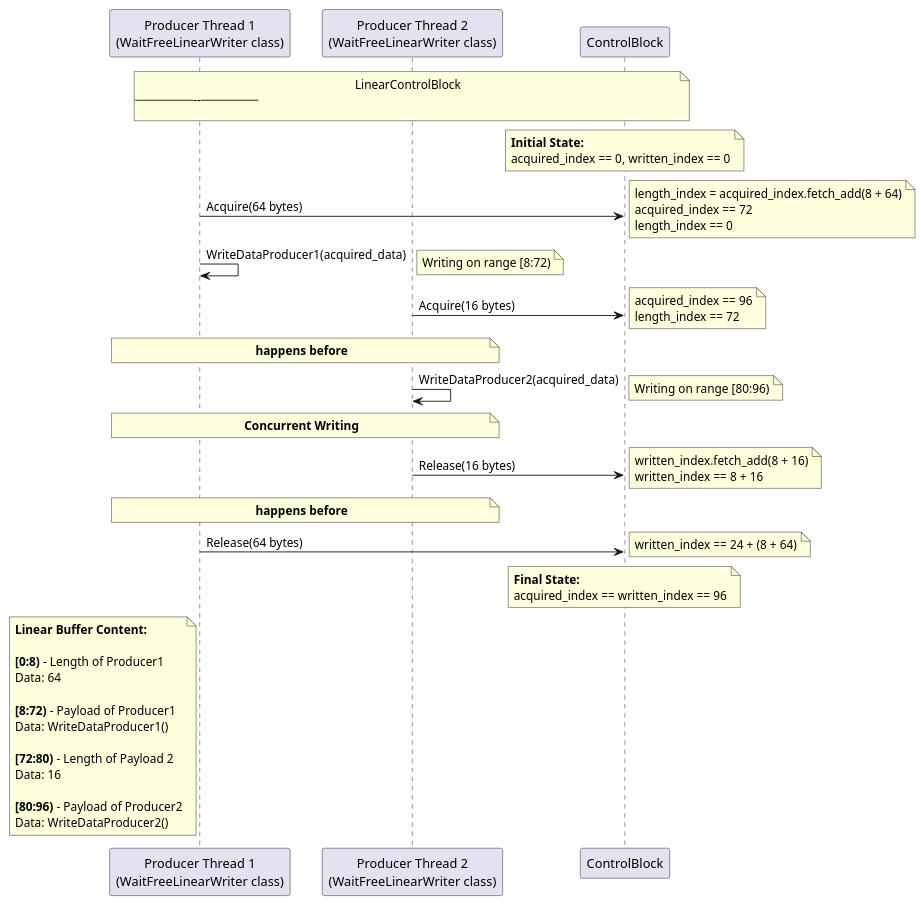
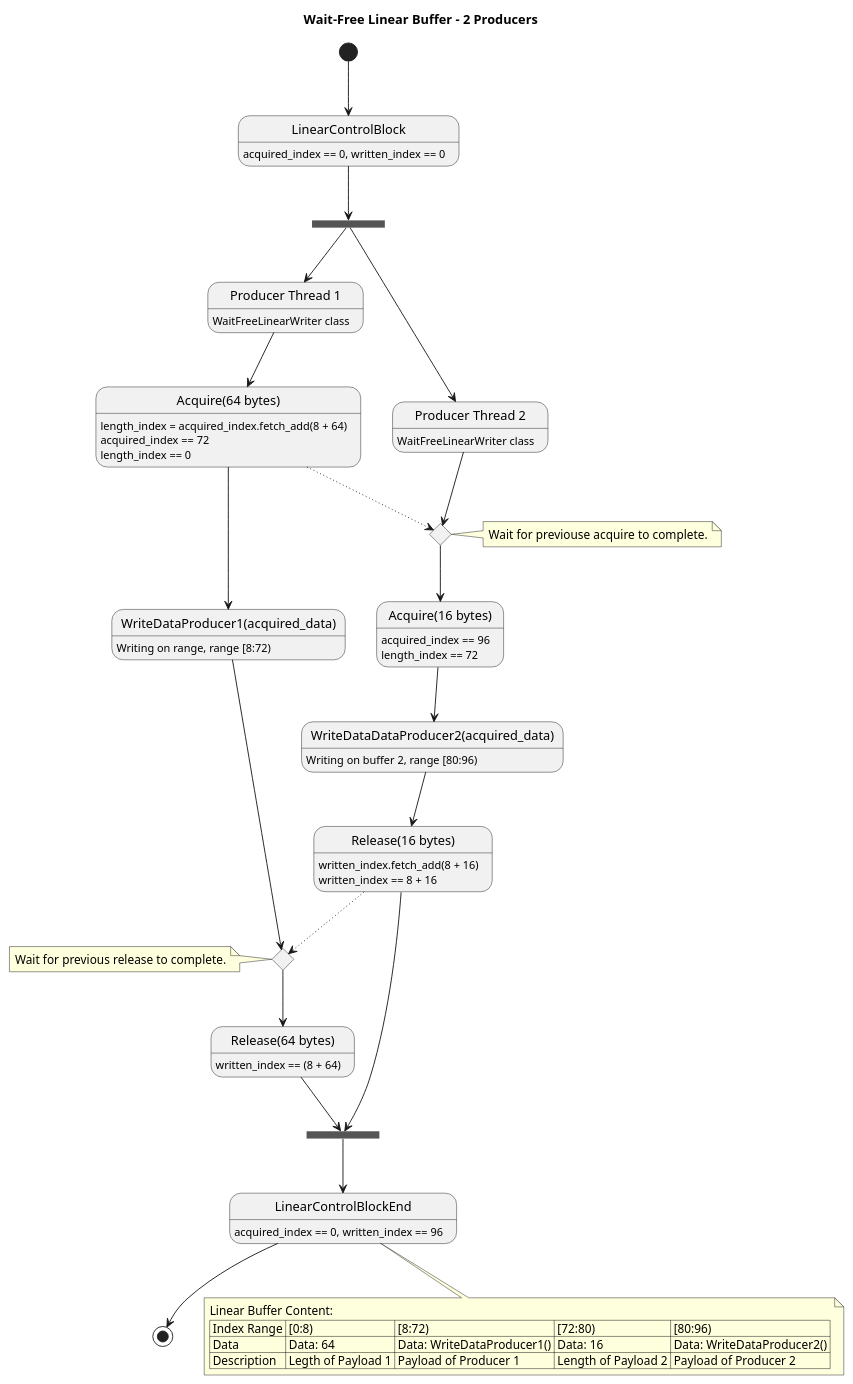
The diagram in detail/wait_free_producer_queue/design/wait_free_linear_buffer.puml (eclipse-score/inc_mw_log), drawn with PlantUML before and after one commit. The commit also changed 9 other files, not shown here.

Commit message:
more diagrams

```diff
--- a/detail/wait_free_producer_queue/design/wait_free_linear_buffer.puml
+++ b/detail/wait_free_producer_queue/design/wait_free_linear_buffer.puml
@@ -1,72 +1,84 @@
 @startuml wait_free_linear_buffer
+title Wait-Free Linear Buffer - 2 Producers
 
-note across 
-LinearControlBlock
-------
+state LinearControlBlock
+LinearControlBlock: acquired_index == 0, written_index == 0
+
+state LinearControlBlockEnd
+LinearControlBlockEnd: acquired_index == 0, written_index == 96
+
+state "Producer Thread 1" as ProducerThread1 
+ProducerThread1: WaitFreeLinearWriter class
+
+state "Producer Thread 2" as ProducerThread2 
+ProducerThread2: WaitFreeLinearWriter class
+
+state fork_state <<fork>>
+state join_state <<join>>
+
+state "Acquire(64 bytes)" as Acquire64
+Acquire64: length_index = acquired_index.fetch_add(8 + 64)
+Acquire64: acquired_index == 72
+Acquire64: length_index == 0
+
+state Acquire64Completed <<choice>>
+note right of Acquire64Completed
+Wait for previouse acquire to complete.
 endnote
 
-participant "Producer Thread 1\n(WaitFreeLinearWriter class)" as Producer1
-participant "Producer Thread 2\n(WaitFreeLinearWriter class)" as Producer2
-note over ControlBlock
-  **Initial State:**
-  acquired_index == 0, written_index == 0
-end note
+state Release16Completed <<choice>>
+note left of Release16Completed
+Wait for previous release to complete.
+endnote
 
-Producer1 -> ControlBlock : Acquire(64 bytes)
-note right
-  length_index = acquired_index.fetch_add(8 + 64)
-  acquired_index == 72
-  length_index == 0
-end note
+state "WriteDataProducer1(acquired_data)" as WriteDataProducer1
+WriteDataProducer1: Writing on range, range [8:72)
 
-Producer1 -> Producer1 : WriteDataProducer1(acquired_data)
-note right : Writing on range [8:72)
+state "Release(64 bytes)" as Release64
+Release64: written_index == (8 + 64)
 
-Producer2 -> ControlBlock : Acquire(16 bytes)
-note right
-  acquired_index == 96
-  length_index == 72
-end note
+state "WriteDataDataProducer2(acquired_data)" as WriteDataProducer2
+WriteDataProducer2: Writing on buffer 2, range [80:96)
 
-note over Producer1, Producer2 : **happens before**
+state "Acquire(16 bytes)" as Acquire16
+Acquire16: acquired_index == 96
+Acquire16: length_index == 72
 
-Producer2 -> Producer2 : WriteDataProducer2(acquired_data)
-note right : Writing on range [80:96)
+state "Release(16 bytes)" as Release16
+Release16: written_index.fetch_add(8 + 16)
+Release16: written_index == 8 + 16
 
-note over Producer1, Producer2 : **Concurrent Writing**
+[*] --> LinearControlBlock
 
-Producer2 -> ControlBlock : Release(16 bytes)
-note right
-  written_index.fetch_add(8 + 16)
-  written_index == 8 + 16
-end note
+LinearControlBlock --> fork_state
 
-note over Producer2, Producer1 : **happens before**
+fork_state --> ProducerThread2
+fork_state --> ProducerThread1
 
-Producer1 -> ControlBlock : Release(64 bytes)
-note right
-  written_index == 24 + (8 + 64)
-end note
+' Producer
+ProducerThread1 --> Acquire64
+Acquire64 --> WriteDataProducer1
+Acquire64 -[dotted]-> Acquire64Completed
+WriteDataProducer1 --> Release16Completed
+Release16Completed --> Release64
+Release64 --> join_state
 
-note over ControlBlock
-  **Final State:**
-  acquired_index == written_index == 96
-end note
+' Consumer
+ProducerThread2 -->  Acquire64Completed
+Acquire64Completed --> Acquire16
+Acquire16 --> WriteDataProducer2
+WriteDataProducer2 --> Release16
+Release16 --> join_state
+Release16 -[dotted]-> Release16Completed
 
-note left of Producer1
-  **Linear Buffer Content:**
-  
-  **[0:8)** - Length of Producer1
-  Data: 64
-  
-  **[8:72)** - Payload of Producer1
-  Data: WriteDataProducer1()
-  
-  **[72:80)** - Length of Payload 2
-  Data: 16
-  
-  **[80:96)** - Payload of Producer2
-  Data: WriteDataProducer2()
+join_state --> LinearControlBlockEnd
+LinearControlBlockEnd --> [*]
+
+note bottom of LinearControlBlockEnd
+Linear Buffer Content:
+| Index Range | [0:8) | [8:72) | [72:80) | [80:96) |
+| Data | Data: 64 | Data: WriteDataProducer1() | Data: 16 | Data: WriteDataProducer2() |
+| Description | Legth of Payload 1 | Payload of Producer 1 | Length of Payload 2 | Payload of Producer 2 |
 end note
 
 @enduml
```
